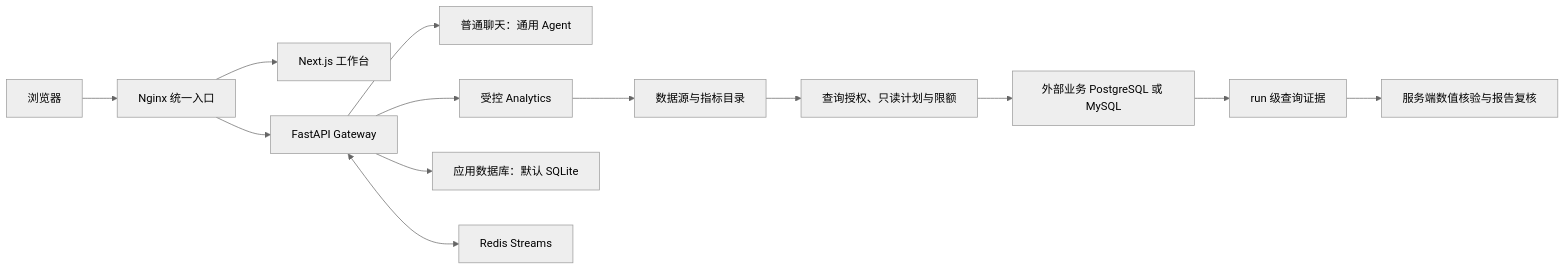
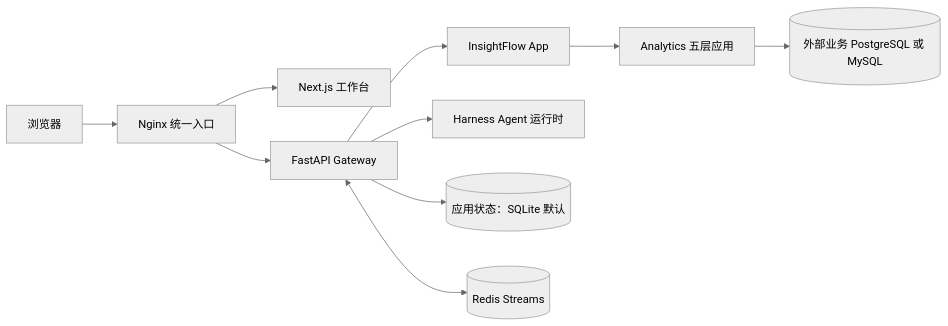
The diagram in README.md (zgozh/InsightFlow), drawn with Mermaid (neutral theme) before and after one commit. The commit also changed other lines of this file and 3 other files, not shown here.

````diff
--- a/README.md
+++ b/README.md
@@ -30,15 +74,12 @@
 ```mermaid
 flowchart LR
   Browser[浏览器] --> Nginx[Nginx 统一入口]
   Nginx --> Frontend[Next.js 工作台]
   Nginx --> Gateway[FastAPI Gateway]
-  Gateway --> Chat[普通聊天：通用 Agent]
-  Gateway --> Analytics[受控 Analytics]
-  Analytics --> Catalog[数据源与指标目录]
-  Catalog --> Policy[查询授权、只读计划与限额]
-  Policy --> BusinessDB[外部业务 PostgreSQL 或 MySQL]
-  BusinessDB --> Evidence[run 级查询证据]
-  Evidence --> Verify[服务端数值核验与报告复核]
-  Gateway --> AppDB[应用数据库：默认 SQLite]
-  Gateway <--> Redis[Redis Streams]
+  Gateway --> App[InsightFlow App]
+  Gateway --> Harness[Harness Agent 运行时]
+  App --> Analytics[Analytics 五层应用]
+  Analytics --> BusinessDB[(外部业务 PostgreSQL 或 MySQL)]
+  Gateway --> AppDB[(应用状态：SQLite 默认)]
+  Gateway <--> Redis[(Redis Streams)]
 ```
````
